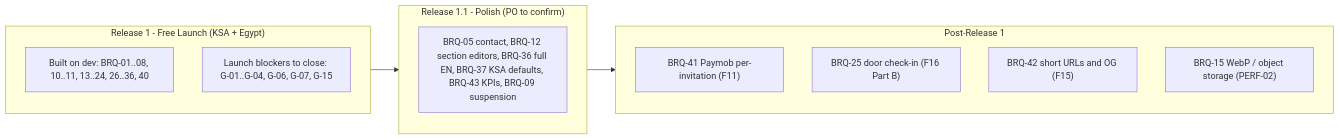
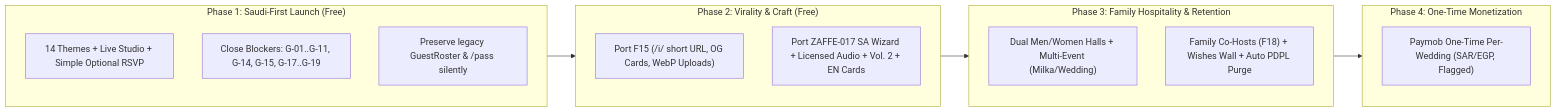
The third of 3 diagrams in docs/business/business-requirements-document.md (mohamedelbalooty/Zaffe), drawn with Mermaid before and after one commit. The commit also changed other lines of this file and 7 other files, not shown here.

Commit message:
docs(strategy): propose Saudi-first phased roadmap and reconcile BRD with PO direction (ZAFFE-026)

````diff
--- a/docs/business/business-requirements-document.md
+++ b/docs/business/business-requirements-document.md
@@ -456,17 +358,20 @@
 ```mermaid
 flowchart LR
-    subgraph R1["Release 1 - Free Launch (KSA + Egypt)"]
-        R1a["Built on dev: BRQ-01..08, 10..11, 13..24, 26..36, 40"]
-        R1b["Launch blockers to close: G-01..G-04, G-06, G-07, G-15"]
+    subgraph Phase1["Phase 1: Saudi-First Launch (Free)"]
+        P1A["14 Themes + Live Studio + Simple Optional RSVP"]
+        P1B["Close Blockers: G-01..G-11, G-14, G-15, G-17..G-19"]
+        P1C["Preserve legacy GuestRoster & /pass silently"]
     end
-    subgraph R11["Release 1.1 - Polish (PO to confirm)"]
-        R11a["BRQ-05 contact, BRQ-12 section editors, BRQ-36 full EN, BRQ-37 KSA defaults, BRQ-43 KPIs, BRQ-09 suspension"]
+    subgraph Phase2["Phase 2: Virality & Craft (Free)"]
+        P2A["Port F15 (/i/ short URL, OG Cards, WebP Uploads)"]
+        P2B["Port ZAFFE-017 SA Wizard + Licensed Audio + Vol. 2 + EN Cards"]
     end
-    subgraph PR1["Post-Release 1"]
-        PR1a["BRQ-41 Paymob per-invitation (F11)"]
-        PR1b["BRQ-25 door check-in (F16 Part B)"]
-        PR1c["BRQ-42 short URLs and OG (F15)"]
-        PR1d["BRQ-15 WebP / object storage (PERF-02)"]
+    subgraph Phase3["Phase 3: Family Hospitality & Retention"]
+        P3A["Dual Men/Women Halls + Multi-Event (Milka/Wedding)"]
+        P3B["Family Co-Hosts (F18) + Wishes Wall + Auto PDPL Purge"]
     end
-    R1 --> R11 --> PR1
+    subgraph Phase4["Phase 4: One-Time Monetization"]
+        P4A["Paymob One-Time Per-Wedding (SAR/EGP, Flagged)"]
+    end
+    Phase1 --> Phase2 --> Phase3 --> Phase4
 ```
````
